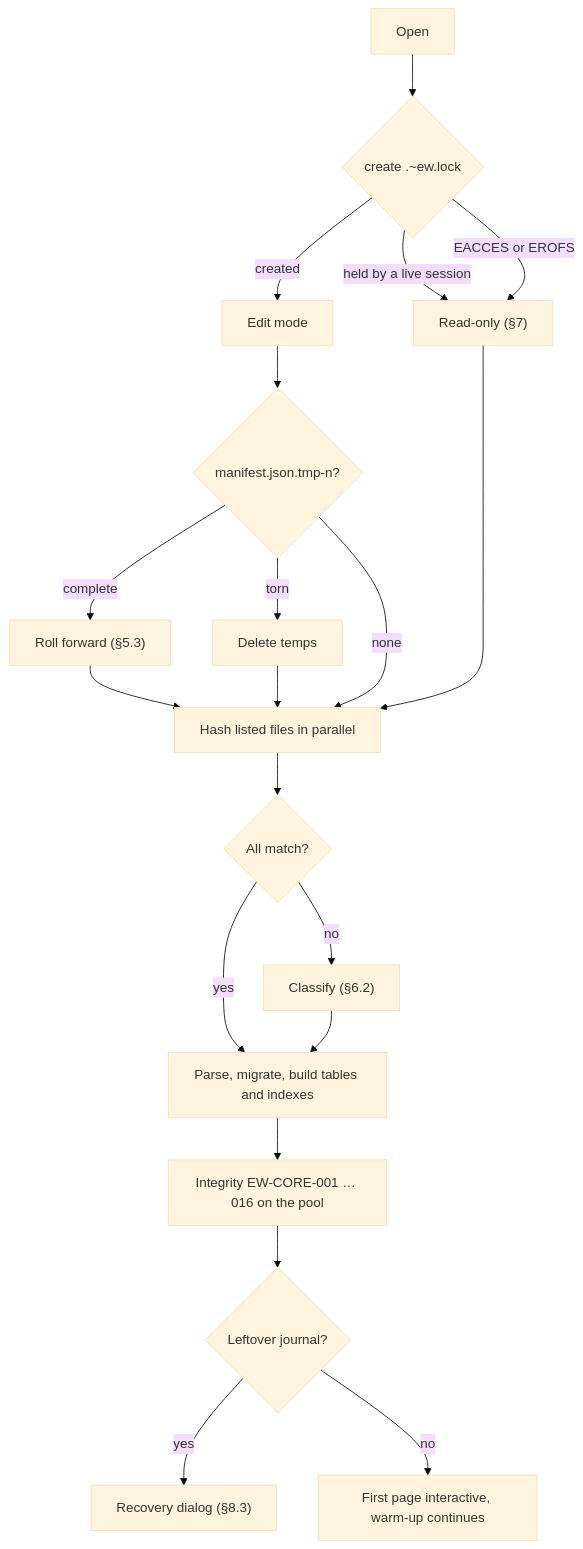
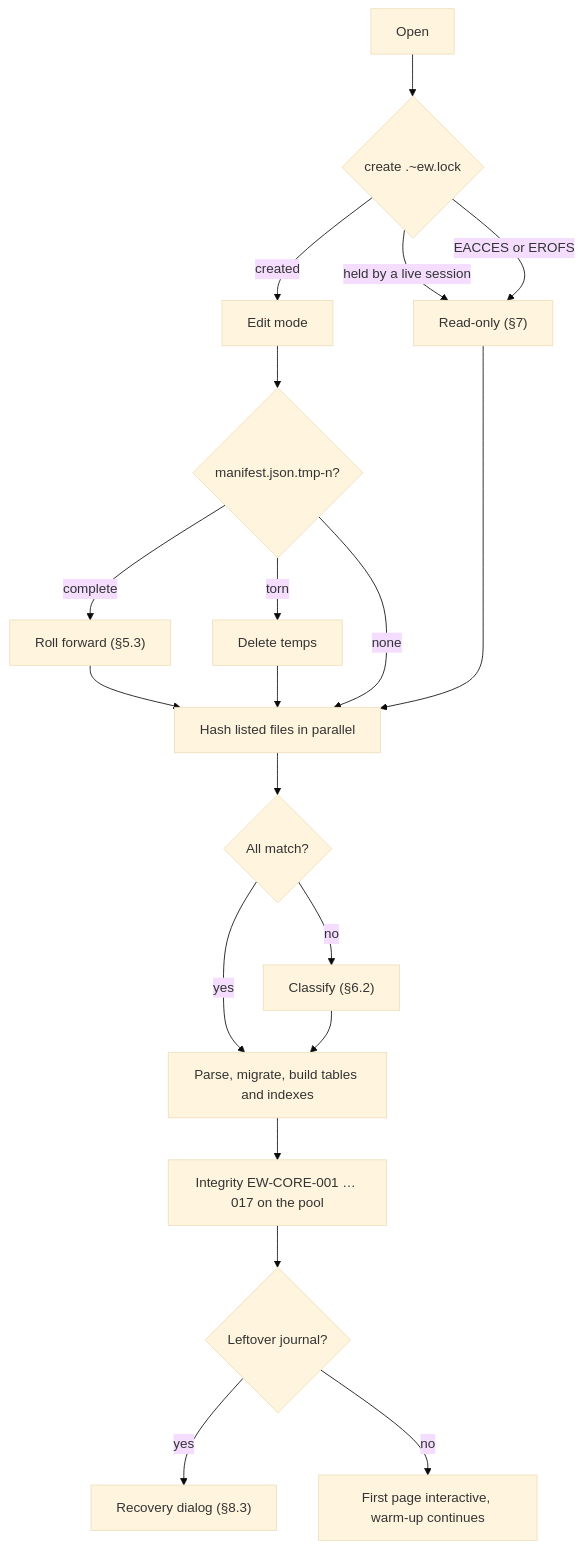
Before and after one commit to Ironkode787/ElektraWatt: the second of 3 diagrams in docs/design/05-project-format-and-persistence.md, drawn with Mermaid (base theme). The commit also changed other lines of this file and 12 other files, not shown here.

First line of the commit message:
docs: resolve ew-schema v0 questions and record the foundation dependency edges

````diff
--- a/docs/design/05-project-format-and-persistence.md
+++ b/docs/design/05-project-format-and-persistence.md
@@ -547,19 +588,19 @@
 ```mermaid
 flowchart TD
   S[Open] --> L{"create .~ew.lock"}
   L -- created --> RW[Edit mode]
   L -- "held by a live session" --> RO["Read-only (§7)"]
   L -- "EACCES or EROFS" --> RO
   RW --> T{"manifest.json.tmp-n?"}
   T -- complete --> F["Roll forward (§5.3)"] --> H
   T -- torn --> D[Delete temps] --> H
   T -- none --> H["Hash listed files in parallel"]
   RO --> H
   H --> M{"All match?"}
   M -- yes --> P["Parse, migrate, build tables and indexes"]
   M -- no --> C["Classify (§6.2)"] --> P
-  P --> I["Integrity EW-CORE-001 … 016 on the pool"]
+  P --> I["Integrity EW-CORE-001 … 017 on the pool"]
   I --> J{"Leftover journal?"}
   J -- yes --> R["Recovery dialog (§8.3)"]
   J -- no --> O["First page interactive, warm-up continues"]
 ```
````
